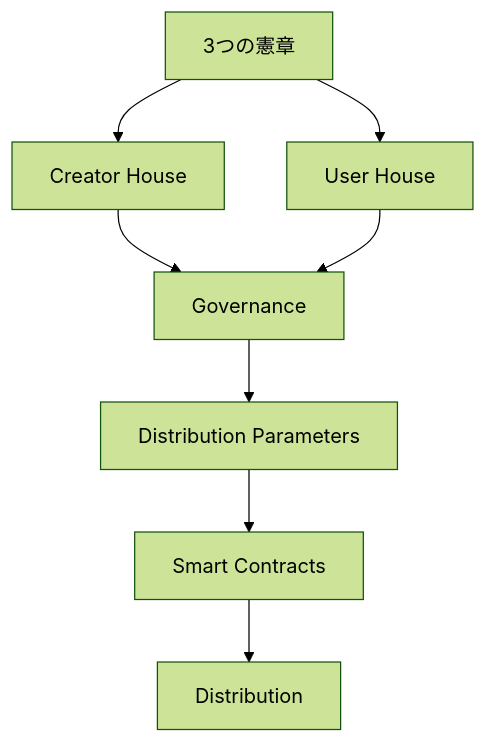
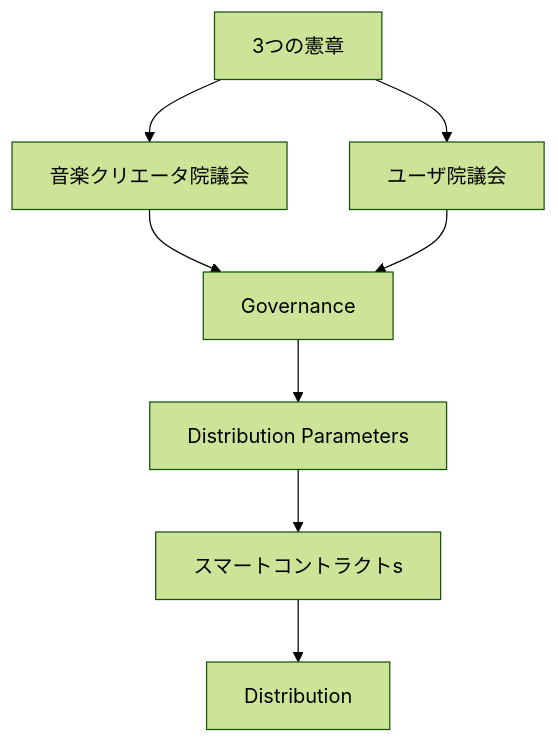
One commit to ShigeichiroYamasaki/creator-first-platform changed diagram 14 of 17 in docs/whitepaper/03-rights-and-money.md. Above: the diagram before and after it, drawn with Mermaid (forest theme). The commit also changed other lines of this file and 67 other files, not shown here.

````diff
--- a/docs/whitepaper/03-rights-and-money.md
+++ b/docs/whitepaper/03-rights-and-money.md
@@ -345,11 +345,11 @@
 ```mermaid
 flowchart TD
     CONST[3つの憲章]
-    CONST --> CH[Creator House]
-    CONST --> UH[User House]
+    CONST --> CH[音楽クリエータ院議会]
+    CONST --> UH[ユーザ院議会]
     CH --> GOV[Governance]
     UH --> GOV
     GOV --> PARAM[Distribution Parameters]
-    PARAM --> SC[Smart Contracts]
+    PARAM --> SC[スマートコントラクトs]
     SC --> PAY[Distribution]
 ```
````
